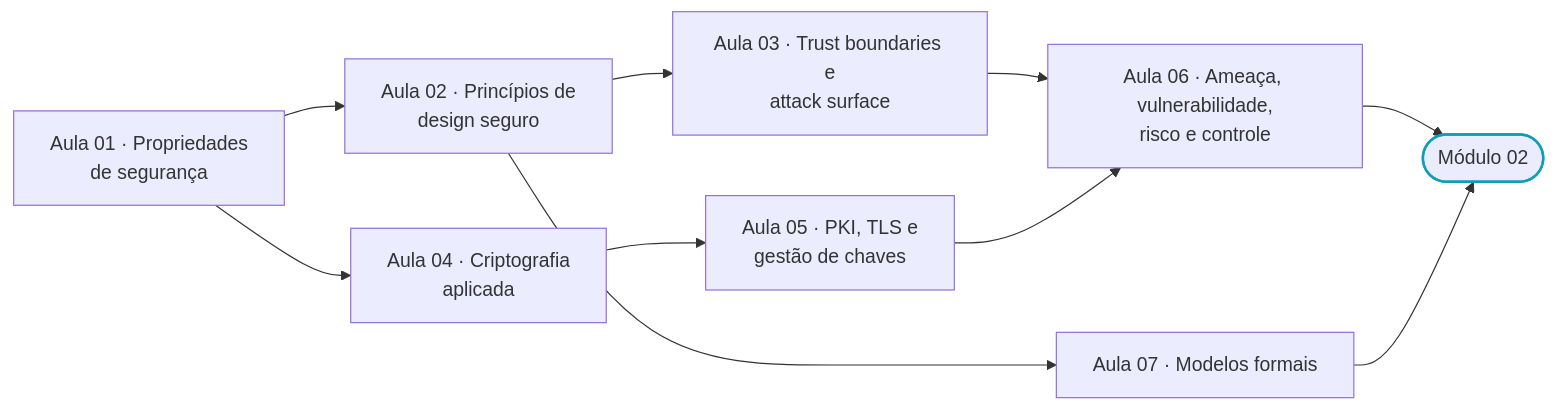
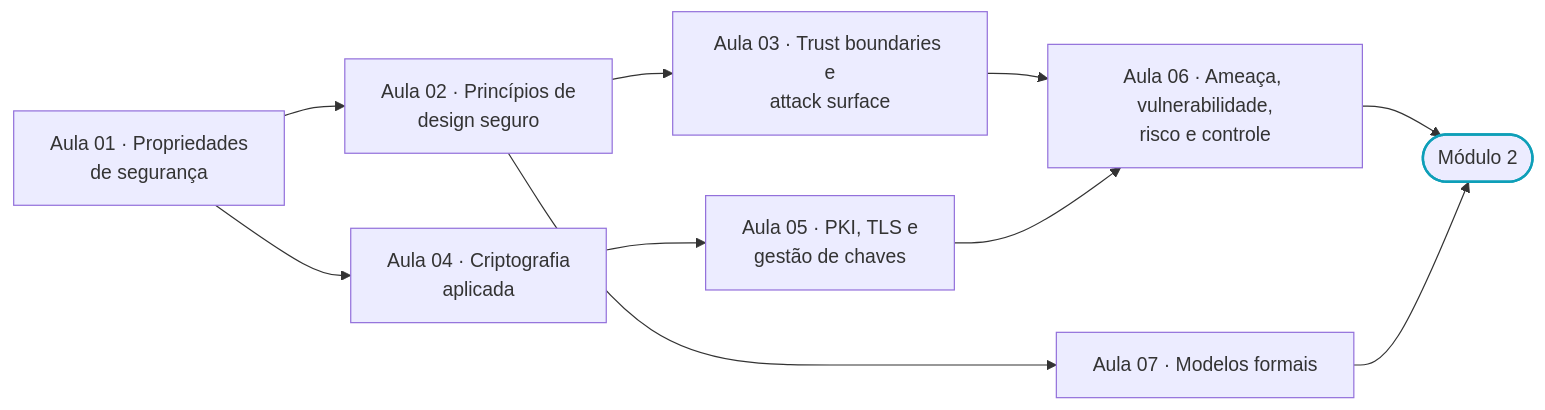
Before and after one commit to andrewsferreira/security-architecture-academy: the diagram in assets/diagrams/m01-module-map.mmd, drawn with Mermaid. The commit also changed 78 other files, not shown here.

```diff
--- a/assets/diagrams/m01-module-map.mmd
+++ b/assets/diagrams/m01-module-map.mmd
@@ -1,16 +1,16 @@
 flowchart LR
-  accTitle: Mapa do Módulo 01
+  accTitle: Mapa do Módulo 1
   accDescr: O módulo começa pelas propriedades que a segurança protege e pelos princípios de design que orientam as decisões. Em seguida trata de fronteiras de confiança e superfície de ataque, dos mecanismos criptográficos e da infraestrutura de chaves públicas, da linguagem de risco e, por fim, dos modelos formais que fundamentam controle de acesso e integridade.
 
   L01["Aula 01 · Propriedades<br/>de segurança"] --> L02["Aula 02 · Princípios de<br/>design seguro"]
   L02 --> L03["Aula 03 · Trust boundaries e<br/>attack surface"]
   L01 --> L04["Aula 04 · Criptografia<br/>aplicada"]
   L04 --> L05["Aula 05 · PKI, TLS e<br/>gestão de chaves"]
   L03 --> L06["Aula 06 · Ameaça, vulnerabilidade,<br/>risco e controle"]
   L05 --> L06
   L02 --> L07["Aula 07 · Modelos formais"]
-  L06 --> M02(["Módulo 02"])
+  L06 --> M02(["Módulo 2"])
   L07 --> M02
 
   classDef control stroke:#0e9fb8,stroke-width:2px
   class M02 control
```
